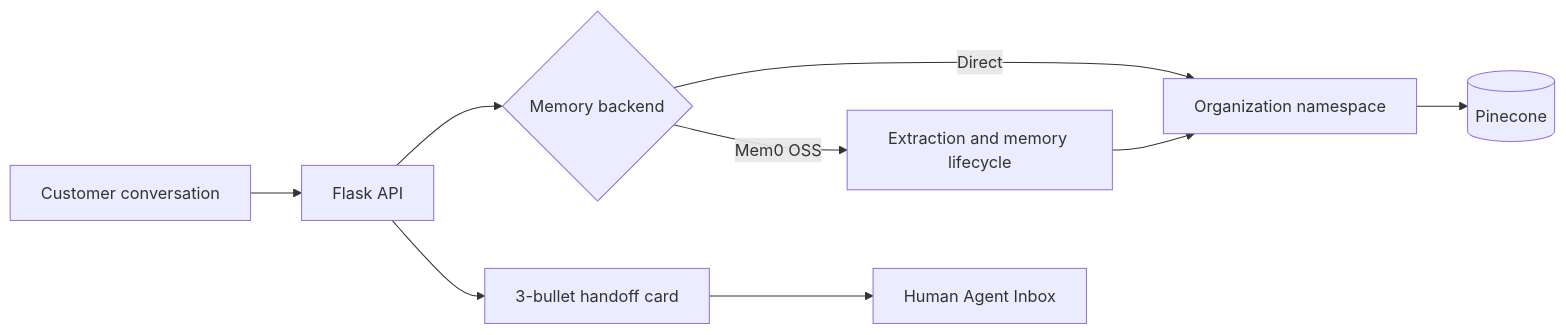
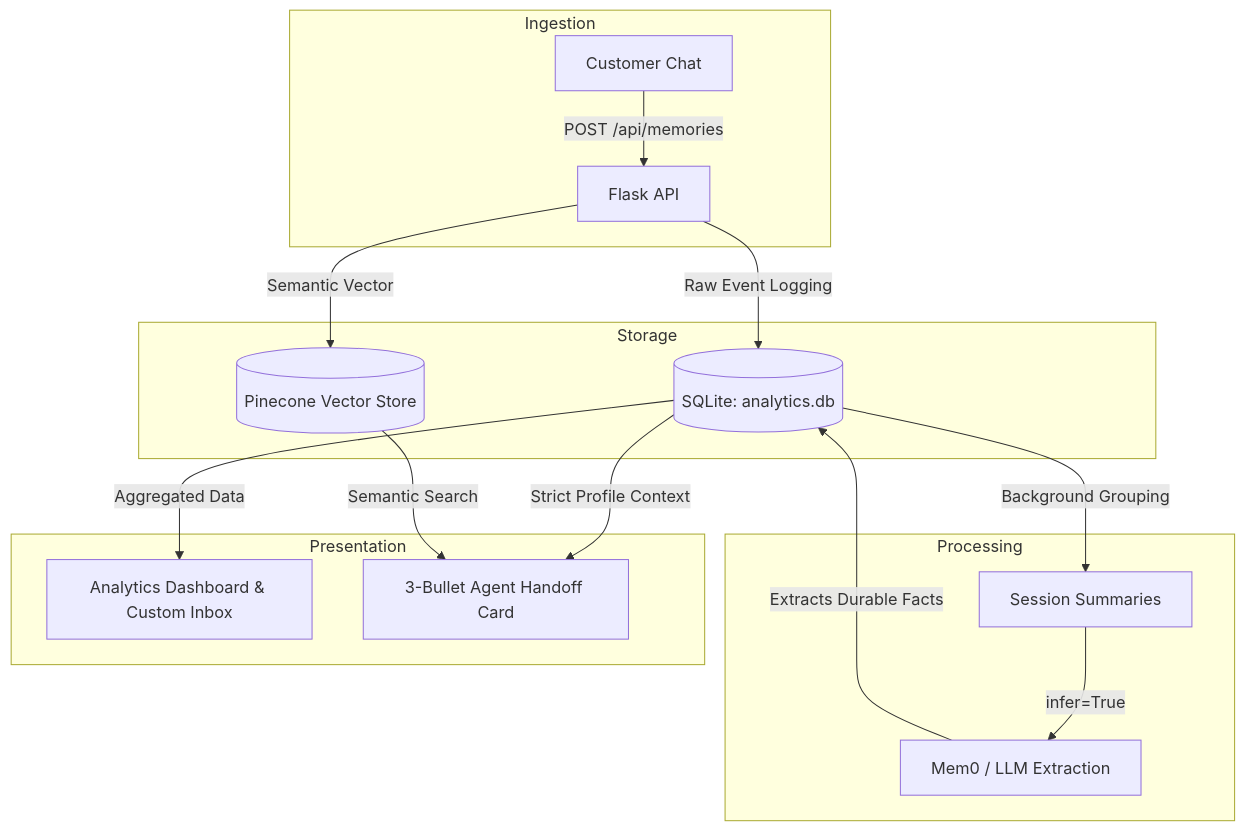
One commit to Saadia-Asghar/quicktalk-pinecone-memory changed the diagram in README.md. Above: the diagram before and after it, drawn with Mermaid.

Commit message:
Update architecture diagram to reflect new structured SQL integration

````diff
--- a/README.md
+++ b/README.md
@@ -231,11 +231,23 @@
 ```mermaid
-flowchart LR
-  C[Customer conversation] --> F[Flask API]
-  F --> M{Memory backend}
-  M -->|Direct| N[Organization namespace]
-  M -->|Mem0 OSS| X[Extraction and memory lifecycle]
-  X --> N
-  N --> P[(Pinecone)]
-  F --> H[3-bullet handoff card]
-  H --> I[Human Agent Inbox]
+flowchart TD
+  subgraph Ingestion
+    C[Customer Chat] -->|POST /api/memories| F[Flask API]
+  end
+
+  subgraph Storage
+    F -->|Raw Event Logging| S[(SQLite: analytics.db)]
+    F -->|Semantic Vector| P[(Pinecone Vector Store)]
+  end
+
+  subgraph Processing
+    S -->|Background Grouping| SS[Session Summaries]
+    SS -->|infer=True| M[Mem0 / LLM Extraction]
+    M -->|Extracts Durable Facts| S
+  end
+
+  subgraph Presentation
+    S -->|Aggregated Data| D[Analytics Dashboard & Custom Inbox]
+    S -->|Strict Profile Context| H[3-Bullet Agent Handoff Card]
+    P -->|Semantic Search| H
+  end
 ```
````
